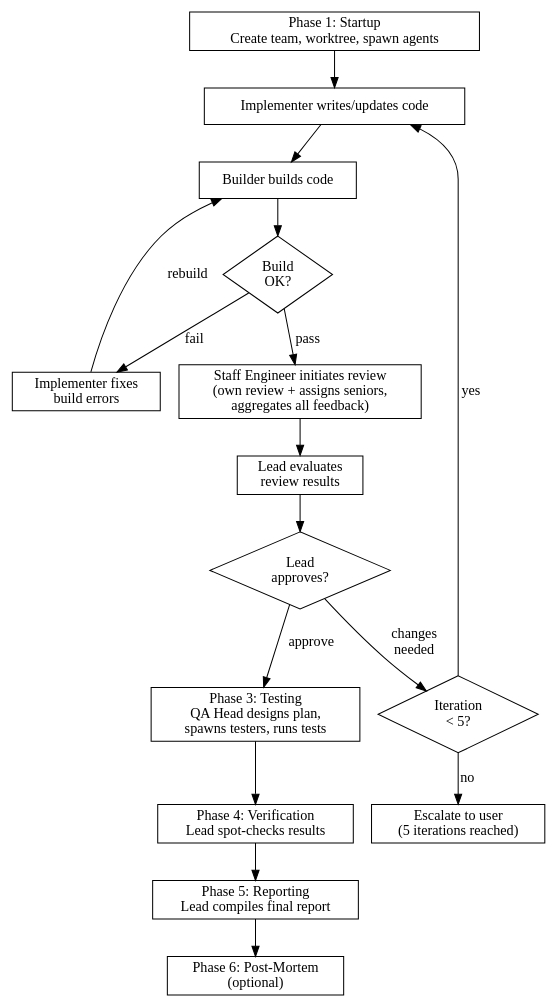
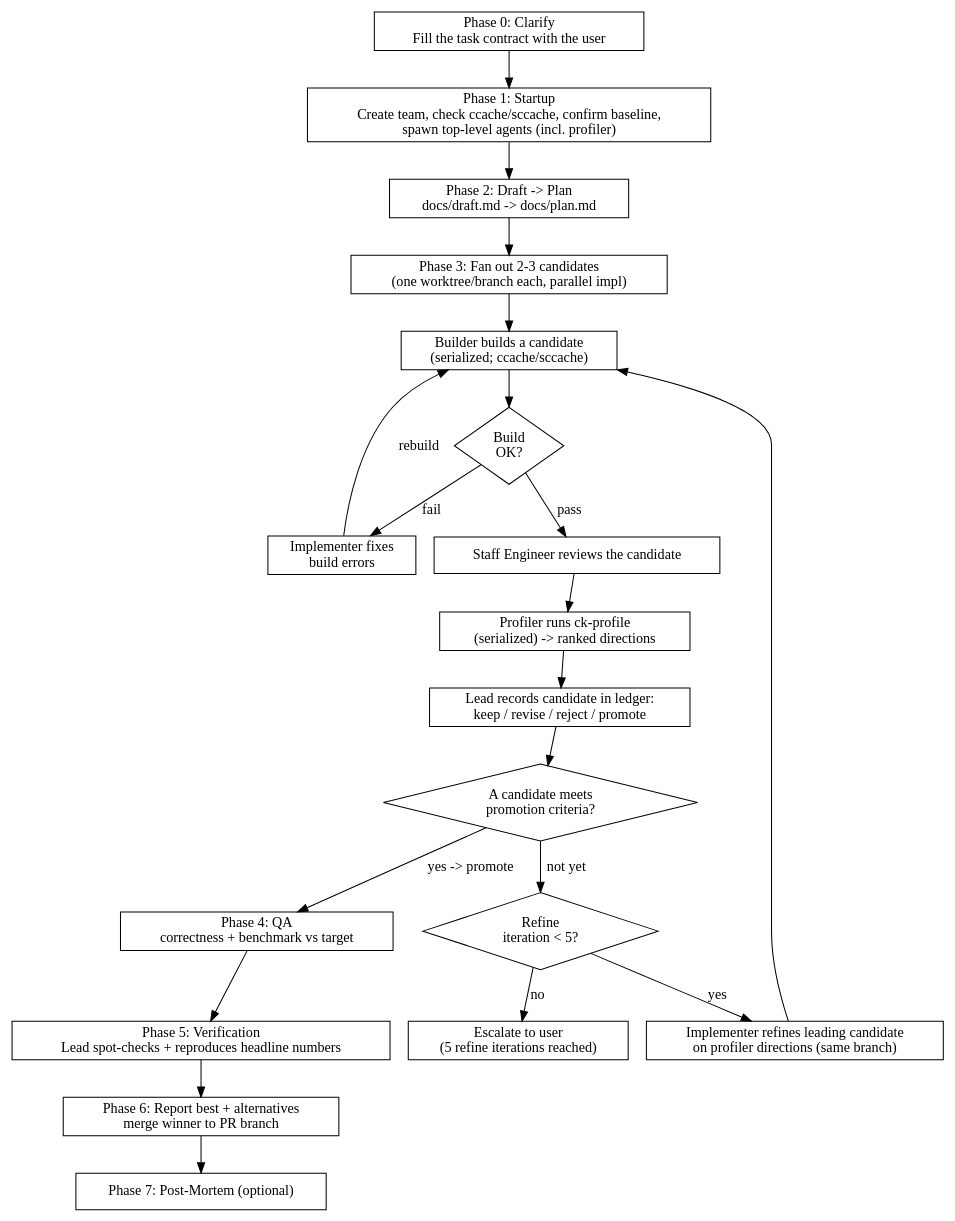
Before and after one commit to steven112163/dotharness: the diagram in skills/dev-team/SKILL.md, drawn with Graphviz. The commit also changed other lines of this file and 7 other files, not shown here.

First line of the commit message:
feat(skills): rework dev-team into iterative candidate workflow

````diff
--- a/skills/dev-team/SKILL.md
+++ b/skills/dev-team/SKILL.md
@@ -104,38 +137,40 @@
 ```dot
 digraph workflow {
     rankdir=TB;
     node [shape=box];
 
-    startup [label="Phase 1: Startup\nCreate team, worktree, spawn agents"];
-    impl [label="Implementer writes/updates code"];
-    build [label="Builder builds code"];
+    clarify [label="Phase 0: Clarify\nFill the task contract with the user"];
+    startup [label="Phase 1: Startup\nCreate team, check ccache/sccache, confirm baseline,\nspawn top-level agents (incl. profiler)"];
+    plan [label="Phase 2: Draft -> Plan\ndocs/draft.md -> docs/plan.md"];
+    fanout [label="Phase 3: Fan out 2-3 candidates\n(one worktree/branch each, parallel impl)"];
+    build [label="Builder builds a candidate\n(serialized; ccache/sccache)"];
     build_fail [label="Implementer fixes\nbuild errors"];
-    review [label="Staff Engineer initiates review\n(own review + assigns seniors,\naggregates all feedback)"];
-    lead_gate [label="Lead evaluates\nreview results"];
-    test [label="Phase 3: Testing\nQA Head designs plan,\nspawns testers, runs tests"];
-    verify [label="Phase 4: Verification\nLead spot-checks results"];
-    report [label="Phase 5: Reporting\nLead compiles final report"];
-    postmortem [label="Phase 6: Post-Mortem\n(optional)"];
-    escalate [label="Escalate to user\n(5 iterations reached)"];
+    review [label="Staff Engineer reviews the candidate"];
+    profile [label="Profiler runs ck-profile\n(serialized) -> ranked directions"];
+    ledger [label="Lead records candidate in ledger:\nkeep / revise / reject / promote"];
+    refine [label="Implementer refines leading candidate\non profiler directions (same branch)"];
+    qa [label="Phase 4: QA\ncorrectness + benchmark vs target"];
+    verify [label="Phase 5: Verification\nLead spot-checks + reproduces headline numbers"];
+    report [label="Phase 6: Report best + alternatives\nmerge winner to PR branch"];
+    postmortem [label="Phase 7: Post-Mortem (optional)"];
+    escalate [label="Escalate to user\n(5 refine iterations reached)"];
 
     build_ok [shape=diamond, label="Build\nOK?"];
-    review_ok [shape=diamond, label="Lead\napproves?"];
-    iter_check [shape=diamond, label="Iteration\n< 5?"];
+    promote_ok [shape=diamond, label="A candidate meets\npromotion criteria?"];
+    iter_check [shape=diamond, label="Refine\niteration < 5?"];
 
-    startup -> impl;
-    impl -> build;
+    clarify -> startup -> plan -> fanout -> build;
     build -> build_ok;
     build_ok -> build_fail [label="fail"];
     build_fail -> build [label="rebuild"];
     build_ok -> review [label="pass"];
-    review -> lead_gate;
-    lead_gate -> review_ok;
-    review_ok -> test [label="approve"];
-    review_ok -> iter_check [label="changes\nneeded"];
-    iter_check -> impl [label="yes"];
+    review -> profile -> ledger;
+    ledger -> promote_ok;
+    promote_ok -> qa [label="yes -> promote"];
+    promote_ok -> iter_check [label="not yet"];
+    iter_check -> refine [label="yes"];
+    refine -> build;
     iter_check -> escalate [label="no"];
-    test -> verify;
-    verify -> report;
-    report -> postmortem;
+    qa -> verify -> report -> postmortem;
 }
 ```
````
